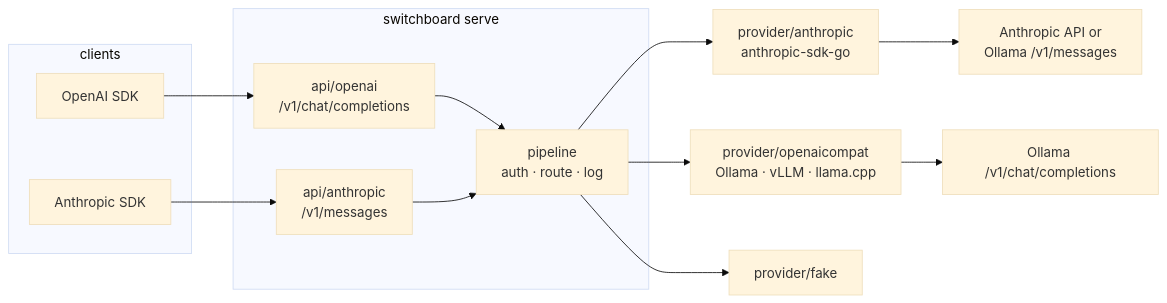
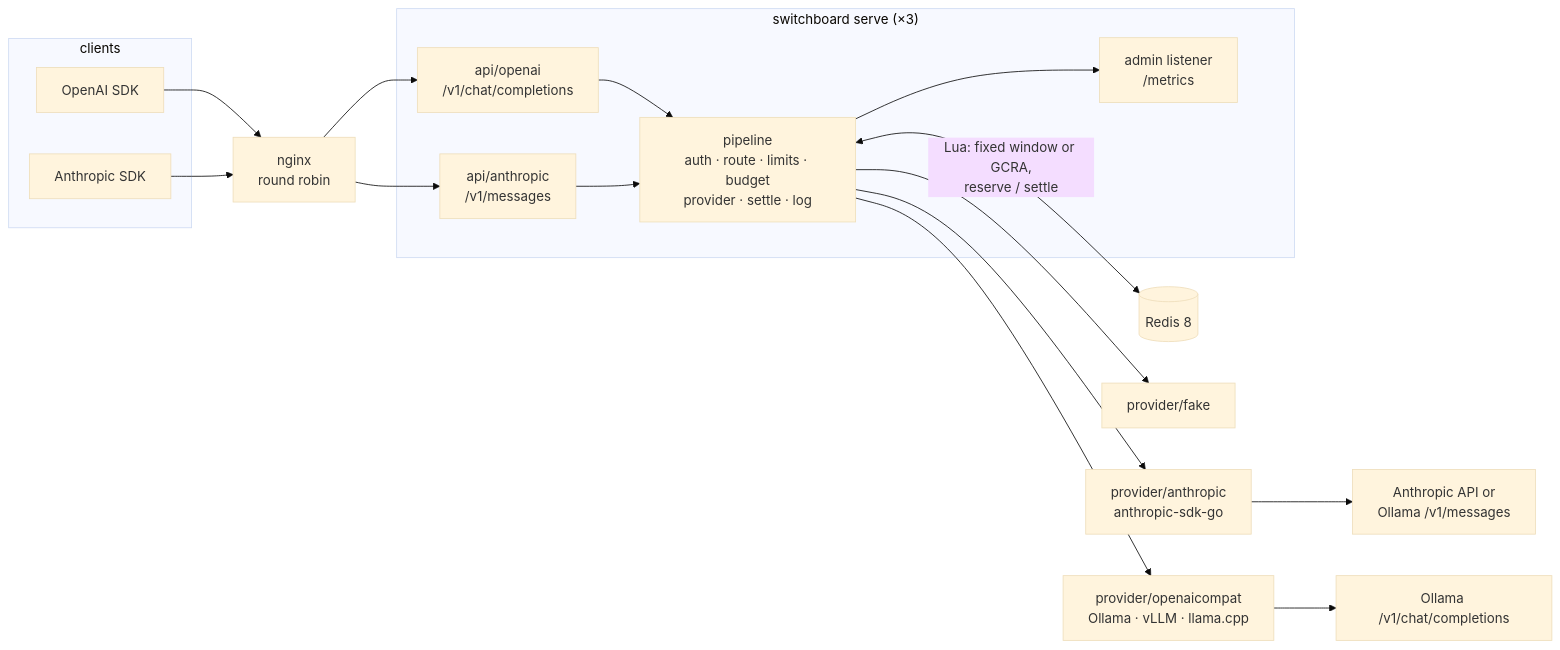
Before and after one commit to TheAsianFish/switchboard: the diagram in README.md, drawn with Mermaid (base theme). The commit also changed other lines of this file and 80 other files, not shown here.

First line of the commit message:
M2: Shared limits, budgets and cost accounting — Redis client and compose with 3 replicas behind a load bala (#3)

````diff
--- a/README.md
+++ b/README.md
@@ -62,21 +89,27 @@
 ```mermaid
 flowchart LR
   subgraph clients
     O[OpenAI SDK]
     A[Anthropic SDK]
   end
-  subgraph gw["switchboard serve"]
+  LB[nginx<br/>round robin]
+  subgraph gw["switchboard serve (×3)"]
     FO[api/openai<br/>/v1/chat/completions]
     FA[api/anthropic<br/>/v1/messages]
-    P[pipeline<br/>auth · route · log]
+    P[pipeline<br/>auth · route · limits · budget<br/>provider · settle · log]
+    M[admin listener<br/>/metrics]
     FO --> P
     FA --> P
+    P --> M
   end
-  O --> FO
-  A --> FA
+  O --> LB
+  A --> LB
+  LB --> FO
+  LB --> FA
+  P <-->|Lua: fixed window or GCRA,<br/>reserve / settle| R[(Redis 8)]
   P --> PA[provider/anthropic<br/>anthropic-sdk-go]
   P --> PO[provider/openaicompat<br/>Ollama · vLLM · llama.cpp]
   P --> PF[provider/fake]
   PA --> ANT[Anthropic API or<br/>Ollama /v1/messages]
   PO --> OL[Ollama /v1/chat/completions]
 ```
````
